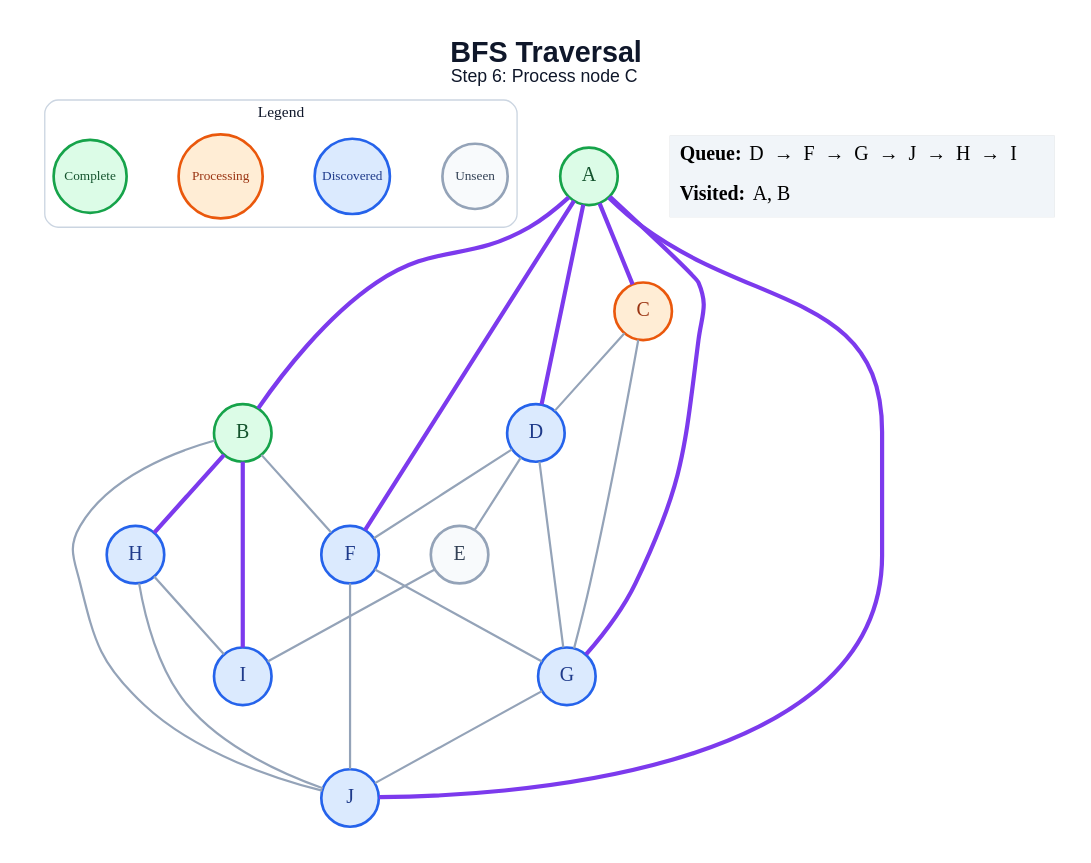
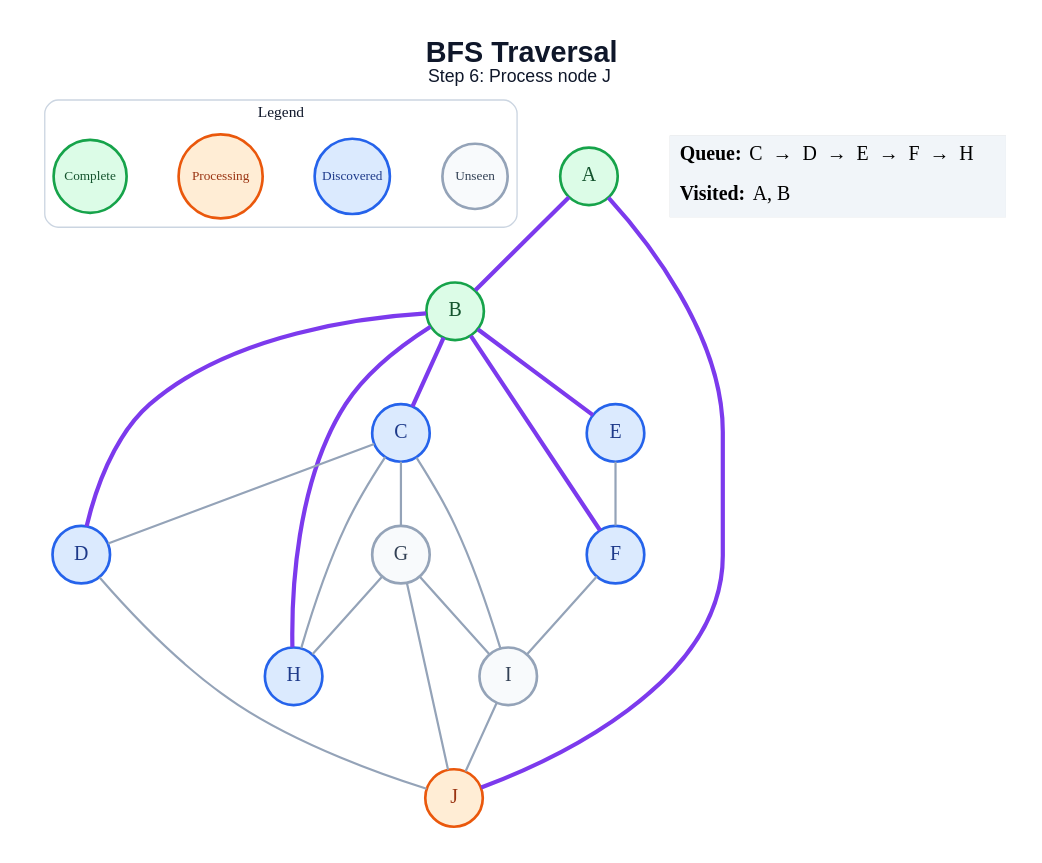
One commit to anon7238593-create/ai-slop changed the diagram in generated/bfs/step_06.dot. Above: the diagram before and after it, drawn with Graphviz. The commit also changed 178 other files, not shown here.

```diff
--- a/generated/bfs/step_06.dot
+++ b/generated/bfs/step_06.dot
@@ -1,50 +1,47 @@
 graph traversal {
   graph [layout=dot, rankdir=TB, bgcolor="#FFFFFF", pad="0.35", nodesep="0.65", ranksep="0.8", fontname="Arial"];
   node [shape=circle, style="filled", fontname="Arial Bold", fontsize=18, width=0.72, fixedsize=true, penwidth=2.4];
   edge [color="#94A3B8", penwidth=2.0];
-  label=<<B>BFS Traversal</B><BR/><FONT POINT-SIZE="16">Step 6: Process node C</FONT>>; labelloc="t"; fontsize=26; fontname="Arial"; fontcolor="#0F172A";
+  label=<<B>BFS Traversal</B><BR/><FONT POINT-SIZE="16">Step 6: Process node J</FONT>>; labelloc="t"; fontsize=26; fontname="Arial"; fontcolor="#0F172A";
   subgraph cluster_legend { label="Legend"; color="#CBD5E1"; penwidth=1.2; style="rounded"; fontsize=14; fontname="Arial Bold";
     key_unseen [label="Unseen", fillcolor="#F8FAFC", color="#94A3B8", fontcolor="#334155", fontsize=12, width=0.82];
     key_frontier [label="Discovered", fillcolor="#DBEAFE", color="#2563EB", fontcolor="#1E3A8A", fontsize=12, width=0.95];
     key_current [label="Processing", fillcolor="#FFEDD5", color="#EA580C", fontcolor="#9A3412", fontsize=12, width=1.05];
     key_done [label="Complete", fillcolor="#DCFCE7", color="#16A34A", fontcolor="#14532D", fontsize=12, width=0.92];
     { rank=same; key_unseen; key_frontier; key_current; key_done; }
   }
   A [fillcolor="#DCFCE7", color="#16A34A", fontcolor="#14532D"];
   B [fillcolor="#DCFCE7", color="#16A34A", fontcolor="#14532D"];
-  C [fillcolor="#FFEDD5", color="#EA580C", fontcolor="#9A3412"];
+  C [fillcolor="#DBEAFE", color="#2563EB", fontcolor="#1E3A8A"];
   D [fillcolor="#DBEAFE", color="#2563EB", fontcolor="#1E3A8A"];
-  E [fillcolor="#F8FAFC", color="#94A3B8", fontcolor="#334155"];
+  E [fillcolor="#DBEAFE", color="#2563EB", fontcolor="#1E3A8A"];
   F [fillcolor="#DBEAFE", color="#2563EB", fontcolor="#1E3A8A"];
-  G [fillcolor="#DBEAFE", color="#2563EB", fontcolor="#1E3A8A"];
+  G [fillcolor="#F8FAFC", color="#94A3B8", fontcolor="#334155"];
   H [fillcolor="#DBEAFE", color="#2563EB", fontcolor="#1E3A8A"];
-  I [fillcolor="#DBEAFE", color="#2563EB", fontcolor="#1E3A8A"];
-  J [fillcolor="#DBEAFE", color="#2563EB", fontcolor="#1E3A8A"];
+  I [fillcolor="#F8FAFC", color="#94A3B8", fontcolor="#334155"];
+  J [fillcolor="#FFEDD5", color="#EA580C", fontcolor="#9A3412"];
   A -- B [color="#7C3AED", penwidth=3.8];
-  A -- C [color="#7C3AED", penwidth=3.8];
-  A -- D [color="#7C3AED", penwidth=3.8];
-  A -- F [color="#7C3AED", penwidth=3.8];
-  A -- G [color="#7C3AED", penwidth=3.8];
   A -- J [color="#7C3AED", penwidth=3.8];
-  B -- F;
+  B -- C [color="#7C3AED", penwidth=3.8];
+  B -- D [color="#7C3AED", penwidth=3.8];
+  B -- E [color="#7C3AED", penwidth=3.8];
+  B -- F [color="#7C3AED", penwidth=3.8];
   B -- H [color="#7C3AED", penwidth=3.8];
-  B -- I [color="#7C3AED", penwidth=3.8];
-  B -- J;
   C -- D;
   C -- G;
-  D -- E;
-  D -- F;
-  D -- G;
-  E -- I;
-  F -- G;
-  F -- J;
+  C -- H;
+  C -- I;
+  D -- J;
+  E -- F;
+  F -- I;
+  G -- H;
+  G -- I;
   G -- J;
-  H -- I;
-  H -- J;
+  I -- J;
   status [shape=plain, fixedsize=false, width=0, height=0, margin=0, label=<
     <TABLE BORDER="0" CELLBORDER="0" CELLPADDING="7" BGCOLOR="#F1F5F9">
-      <TR><TD ALIGN="LEFT"><B>Queue:</B> D  →  F  →  G  →  J  →  H  →  I</TD></TR>
+      <TR><TD ALIGN="LEFT"><B>Queue:</B> C  →  D  →  E  →  F  →  H</TD></TR>
       <TR><TD ALIGN="LEFT"><B>Visited:</B> A, B</TD></TR>
     </TABLE>
   >];
 }
```
